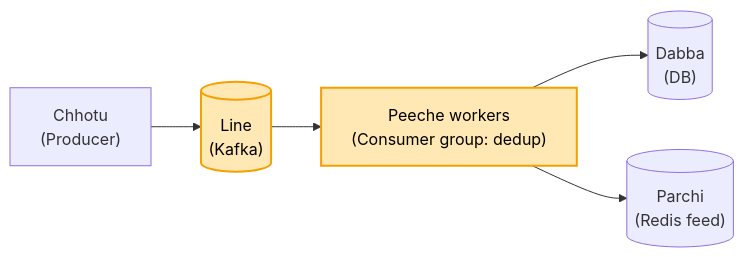
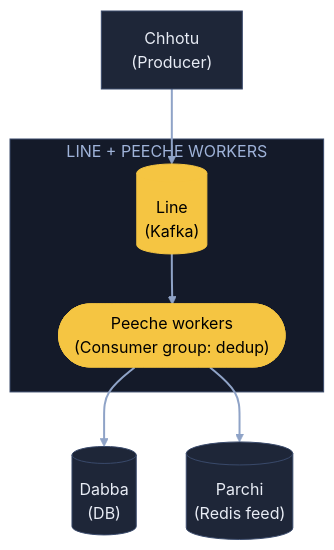
One commit to ArpanMaheshwari144/Prep changed the fourth of 11 diagrams in 04_HLD/SYSTEM_DESIGNS/08_news_aggregator/08_news_aggregator.md. Above: the diagram before and after it, drawn with Mermaid. The commit also changed other lines of this file, not shown here.

Commit message:
News: 11 diagram YouTube (reel) wale card andaaz me

````diff
--- a/04_HLD/SYSTEM_DESIGNS/08_news_aggregator/08_news_aggregator.md
+++ b/04_HLD/SYSTEM_DESIGNS/08_news_aggregator/08_news_aggregator.md
@@ -85,9 +118,20 @@
 ```mermaid
-flowchart LR
-    C["Chhotu<br/>(Producer)"] --> K[("Line<br/>(Kafka)")]
-    K --> W["Peeche workers<br/>(Consumer group: dedup)"]
-    W --> D[("Dabba<br/>(DB)")]
-    W --> P[("Parchi<br/>(Redis feed)")]
-    style K fill:#ffe8b3,stroke:#f59f00,stroke-width:2px,color:#000
-    style W fill:#ffe8b3,stroke:#f59f00,stroke-width:2px,color:#000
+flowchart TB
+    C["Chhotu<br/>(Producer)"]:::card
+    subgraph LN["LINE + PEECHE WORKERS"]
+        K[("Line<br/>(Kafka)")]:::pill
+        W(["Peeche workers<br/>(Consumer group: dedup)"]):::pill
+    end
+    D[("Dabba<br/>(DB)")]:::card
+    P[("Parchi<br/>(Redis feed)")]:::card
+    C --> K
+    K --> W
+    W --> D
+    W --> P
+    linkStyle default stroke:#8fa3c7,stroke-width:2px
+    classDef card fill:#1e2638,stroke:#3a4a6b,color:#e8ecf5
+    classDef pill fill:#f5c542,stroke:#f5c542,color:#000
+    classDef good fill:#2e7d4f,stroke:#3fbf6f,color:#fff
+    classDef bad fill:#5c1f24,stroke:#e05561,color:#fff
+    style LN fill:#141a29,stroke:#3a4a6b,color:#9fb3d9
 ```
````
